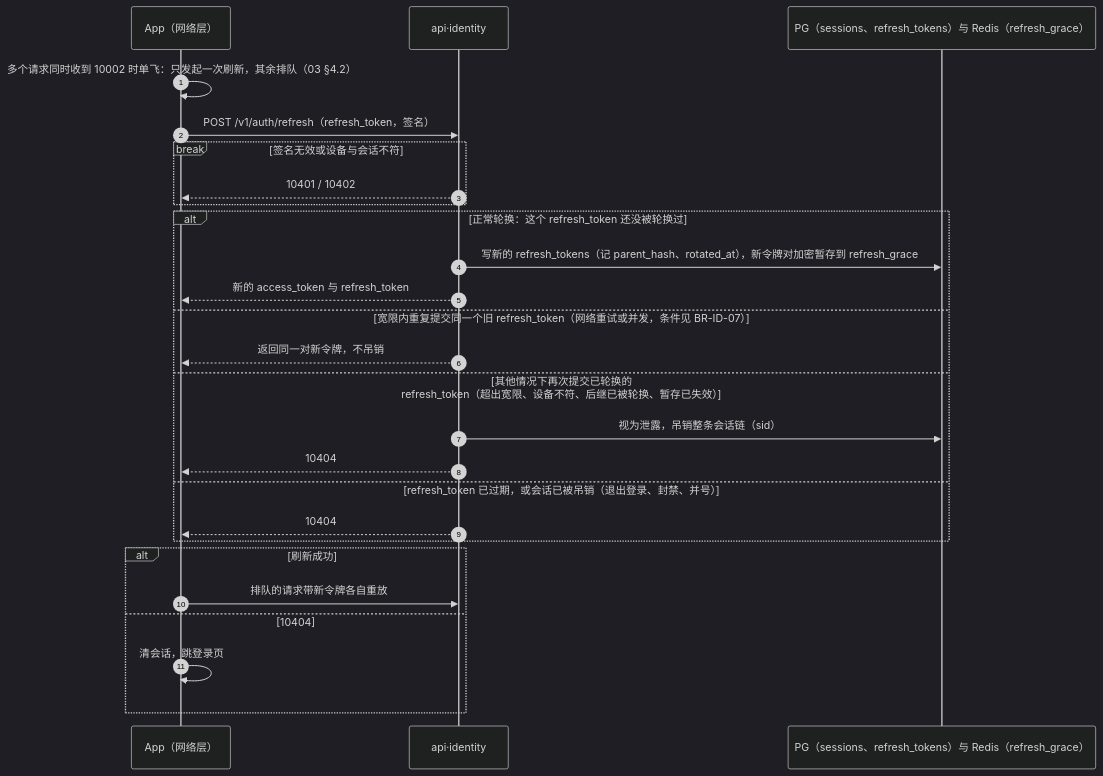
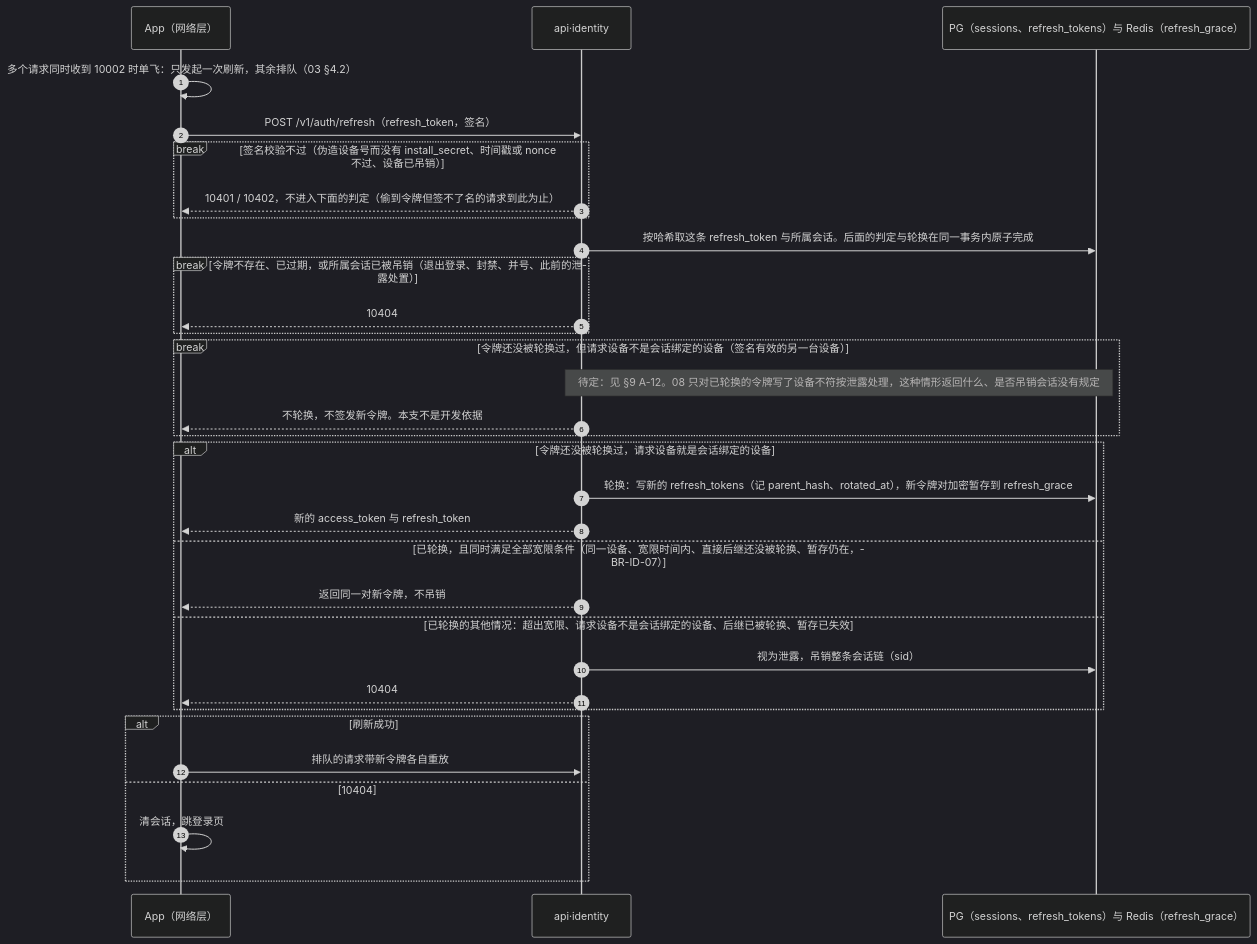
One commit to zora4523-bot/couli changed diagram 36 of 41 in 规划/12_关键流程与状态图.md. Above: the diagram before and after it, drawn with Mermaid (dark theme). The commit also changed other lines of this file, not shown here.

Commit message:
docs(12): section 6.3, refresh checks are mutually exclusive and cross-device reuse revokes the session (Codex round 2 B13)
- Only a failed signature check is rejected up front. Token validity and
  session state come next (10404), then the rotation cases.
- A rotated token submitted from another validly signed device is treated
  as a leak (revoke the sid, 10404) per BR-ID-07 instead of being rejected
  as a plain device mismatch.
- Judgement and rotation are stated to be atomic.
- An unrotated token submitted from a non-bound device is not defined in
  08: it ends in a pending break that issues nothing (section 9 A-12).

````diff
--- a/规划/12_关键流程与状态图.md
+++ b/规划/12_关键流程与状态图.md
@@ -2280,29 +2280,35 @@
 ```mermaid
 sequenceDiagram
   autonumber
   participant C as App（网络层）
   participant I as api·identity
   participant DB as PG（sessions、refresh_tokens）与 Redis（refresh_grace）
 
   C->>C: 多个请求同时收到 10002 时单飞：只发起一次刷新，其余排队（03 §4.2）
   C->>I: POST /v1/auth/refresh（refresh_token，签名）
-  break 签名无效或设备与会话不符
-    I-->>C: 10401 / 10402
+  break 签名校验不过（伪造设备号而没有 install_secret、时间戳或 nonce 不过、设备已吊销）
+    I-->>C: 10401 / 10402，不进入下面的判定（偷到令牌但签不了名的请求到此为止）
   end
-  alt 正常轮换：这个 refresh_token 还没被轮换过
-    I->>DB: 写新的 refresh_tokens（记 parent_hash、rotated_at），新令牌对加密暂存到 refresh_grace
+  I->>DB: 按哈希取这条 refresh_token 与所属会话。后面的判定与轮换在同一事务内原子完成
+  break 令牌不存在、已过期，或所属会话已被吊销（退出登录、封禁、并号、此前的泄露处置）
+    I-->>C: 10404
+  end
+  break 令牌还没被轮换过，但请求设备不是会话绑定的设备（签名有效的另一台设备）
+    Note over I,DB: 待定：见 §9 A-12。08 只对已轮换的令牌写了设备不符按泄露处理，这种情形返回什么、是否吊销会话没有规定
+    I-->>C: 不轮换，不签发新令牌。本支不是开发依据
+  end
+  alt 令牌还没被轮换过，请求设备就是会话绑定的设备
+    I->>DB: 轮换：写新的 refresh_tokens（记 parent_hash、rotated_at），新令牌对加密暂存到 refresh_grace
     I-->>C: 新的 access_token 与 refresh_token
-  else 宽限内重复提交同一个旧 refresh_token（网络重试或并发，条件见 BR-ID-07）
+  else 已轮换，且同时满足全部宽限条件（同一设备、宽限时间内、直接后继还没被轮换、暂存仍在，BR-ID-07）
     I-->>C: 返回同一对新令牌，不吊销
-  else 其他情况下再次提交已轮换的 refresh_token（超出宽限、设备不符、后继已被轮换、暂存已失效）
+  else 已轮换的其他情况：超出宽限、请求设备不是会话绑定的设备、后继已被轮换、暂存已失效
     I->>DB: 视为泄露，吊销整条会话链（sid）
-    I-->>C: 10404
-  else refresh_token 已过期，或会话已被吊销（退出登录、封禁、并号）
     I-->>C: 10404
   end
   alt 刷新成功
     C->>I: 排队的请求带新令牌各自重放
   else 10404
     C->>C: 清会话，跳登录页
   end
 ```
````
